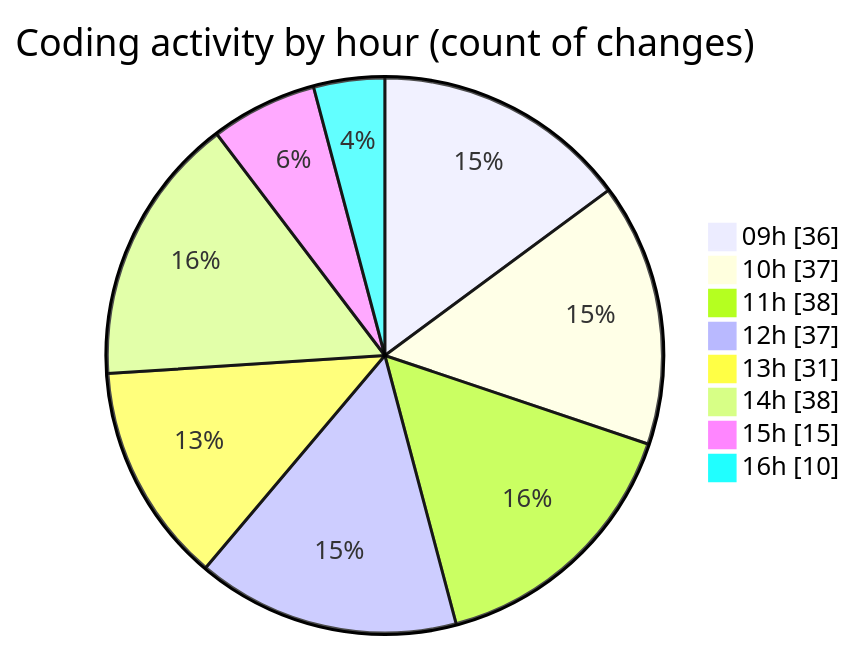
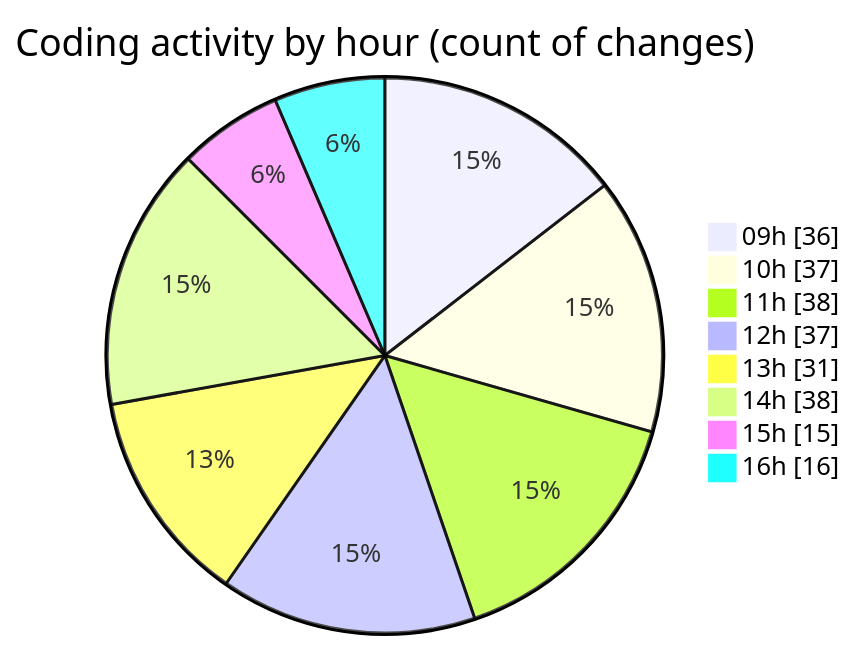
The second of 2 diagrams in 2026-04-16/cda/README.md (momahboobian/code-tracking), drawn with Mermaid before and after one commit. The commit also changed other lines of this file and 1 other file, not shown here.

````diff
--- a/2026-04-16/cda/README.md
+++ b/2026-04-16/cda/README.md
@@ -46,12 +46,12 @@
 ```mermaid
 pie showData
 title Coding activity by hour (count of changes)
 "09h" : 36
 "10h" : 37
 "11h" : 38
 "12h" : 37
 "13h" : 31
 "14h" : 38
 "15h" : 15
-"16h" : 10
+"16h" : 16
 ```
````
